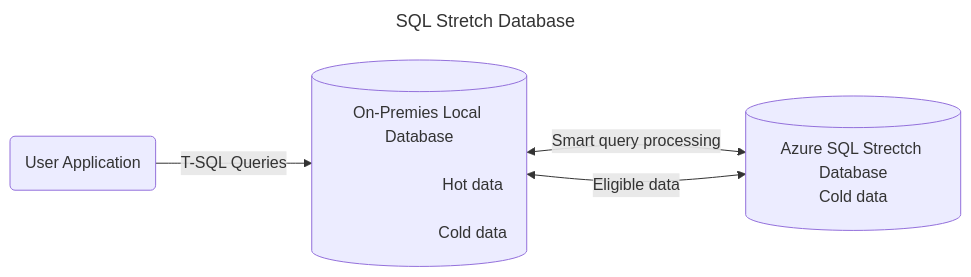
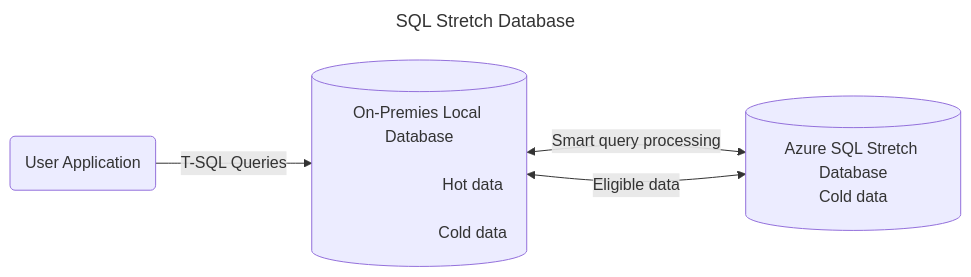
Before and after one commit to trongthoaivn/AZ900: the diagram in 02_CloudServiceTypes.md, drawn with Mermaid. The commit also changed other lines of this file and 1 other file, not shown here.

````diff
--- a/02_CloudServiceTypes.md
+++ b/02_CloudServiceTypes.md
@@ -12,15 +12,15 @@
 ```mermaid
 ---
 title: SQL Stretch Database
 ---
     flowchart LR
         ua(User Application)
         ldb[("`On-Premies Local Database
 								Hot data
 								Cold data`")]
-        azdb[("`Azure SQL Strectch Database
+        azdb[("`Azure SQL Stretch Database
         Cold data`")]
 								ua --"T-SQL Queries"--> ldb
 								ldb <--"Smart query processing"--> azdb
 								ldb <--"Eligible data"--> azdb
 ```
````
